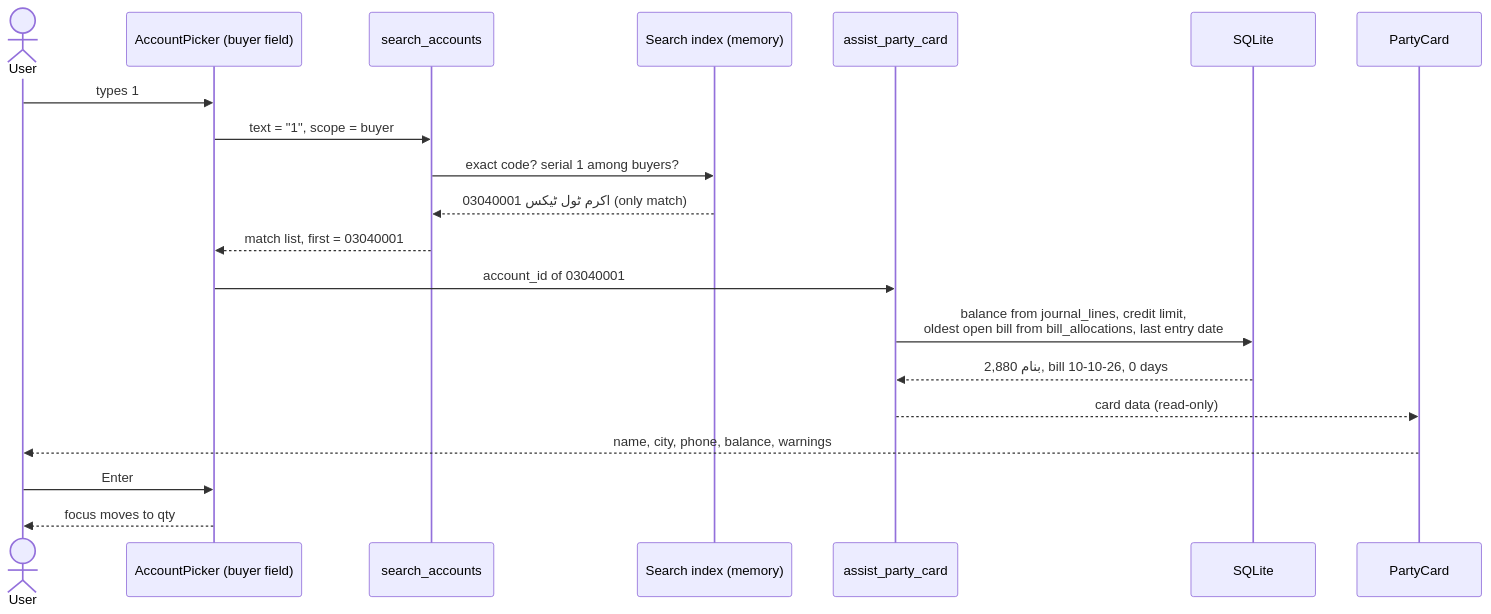
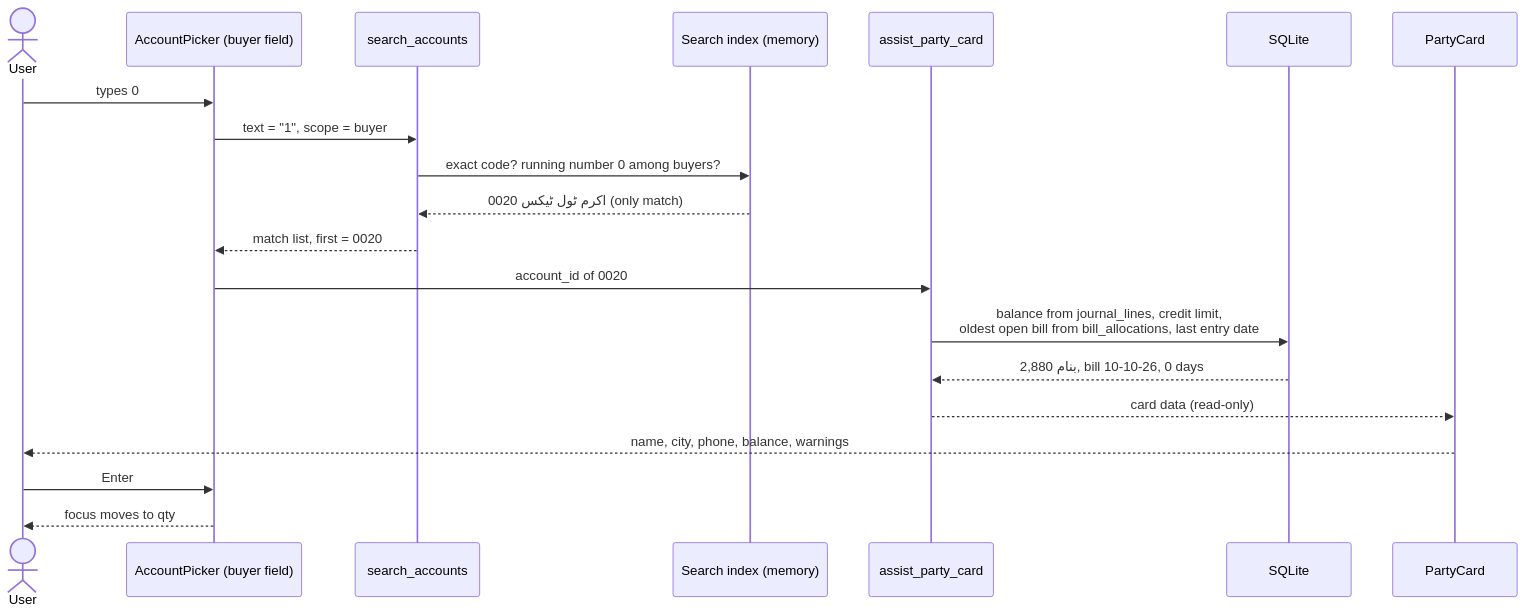
Diagram 25 of 26 in .claude/rules/Architecture_v1.md (FaisalHanif12/Fruits-Mandi-Software), drawn with Mermaid before and after one commit. The commit also changed other lines of this file and 5 other files, not shown here.

````diff
--- a/.claude/rules/Architecture_v1.md
+++ b/.claude/rules/Architecture_v1.md
@@ -896,22 +896,22 @@
 ```mermaid
 sequenceDiagram
     actor U as User
     participant P as AccountPicker (buyer field)
     participant S as search_accounts
     participant IX as Search index (memory)
     participant A as assist_party_card
     participant DB as SQLite
     participant C as PartyCard
-    U->>P: types 1
+    U->>P: types 0
     P->>S: text = "1", scope = buyer
-    S->>IX: exact code? serial 1 among buyers?
-    IX-->>S: 03040001 اکرم ٹول ٹیکس (only match)
-    S-->>P: match list, first = 03040001
-    P->>A: account_id of 03040001
+    S->>IX: exact code? running number 0 among buyers?
+    IX-->>S: 0020 اکرم ٹول ٹیکس (only match)
+    S-->>P: match list, first = 0020
+    P->>A: account_id of 0020
     A->>DB: balance from journal_lines, credit limit,<br/>oldest open bill from bill_allocations, last entry date
     DB-->>A: 2,880 بنام, bill 10-10-26, 0 days
     A-->>C: card data (read-only)
     C-->>U: name, city, phone, balance, warnings
     U->>P: Enter
     P-->>U: focus moves to qty
 ```
````
